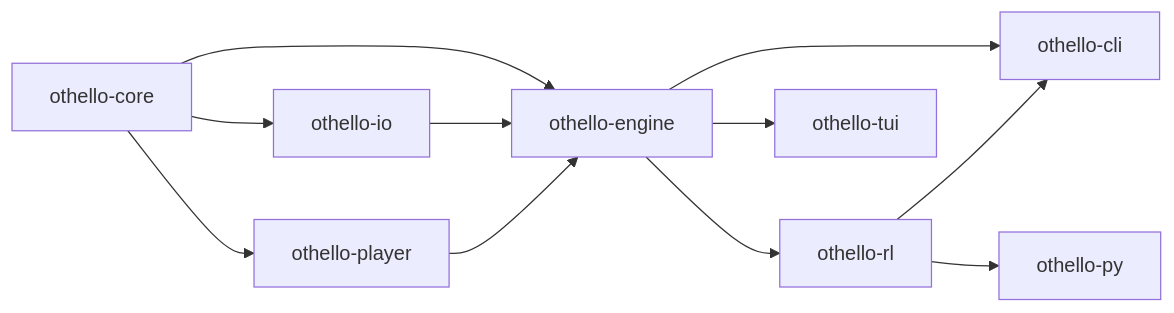
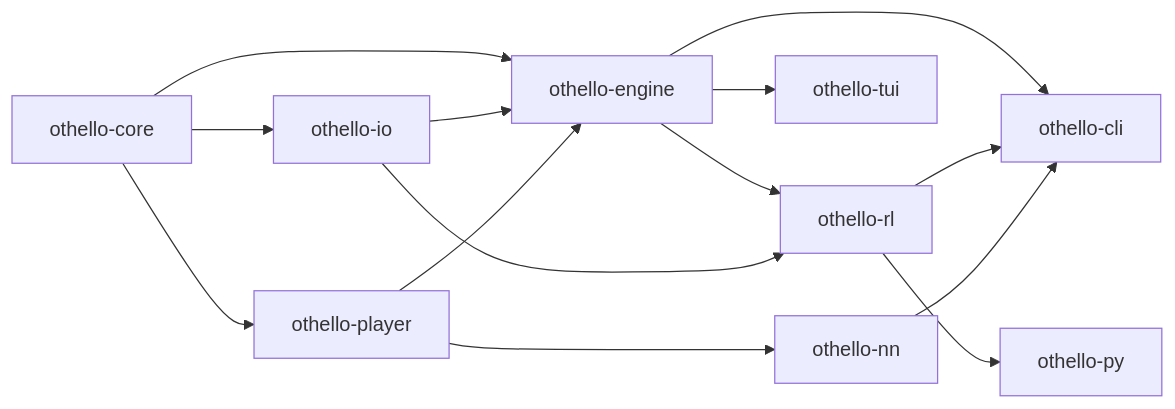
The diagram in docs/architecture.md (akitenkrad/rs-othello-sim), drawn with Mermaid before and after one commit. The commit also changed other lines of this file and 13 other files, not shown here.

````diff
--- a/docs/architecture.md
+++ b/docs/architecture.md
@@ -16,13 +16,16 @@
 ```mermaid
 graph LR
     CORE["othello-core"] --> IO["othello-io"]
     CORE --> PLR["othello-player"]
     CORE --> ENG["othello-engine"]
     IO --> ENG
     PLR --> ENG
     ENG --> RL["othello-rl"]
     ENG --> CLI["othello-cli"]
     ENG --> TUI["othello-tui"]
     RL --> CLI
     RL --> PY["othello-py"]
+    PLR --> NN["othello-nn"]
+    NN --> CLI
+    IO --> RL
 ```
````
